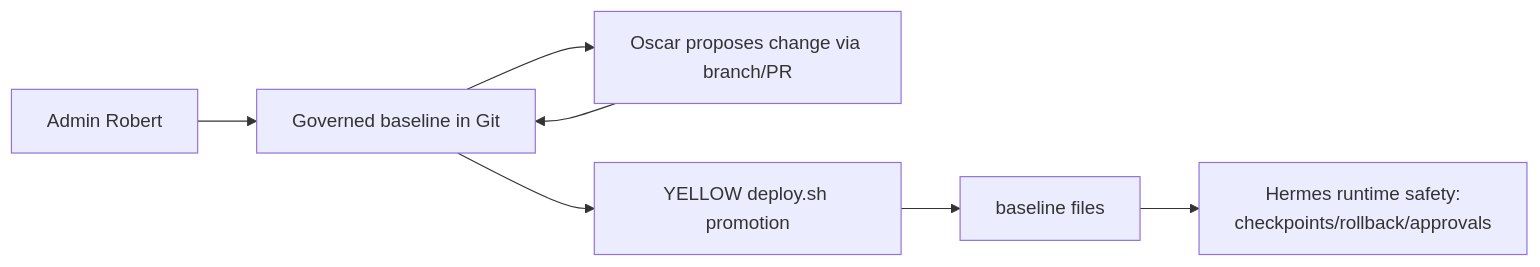
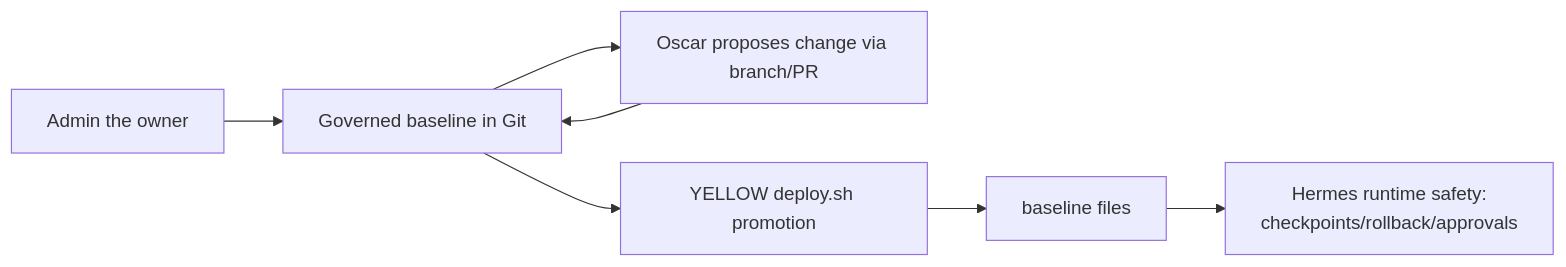
Before and after one commit to Eurobotics-Association/yellow-control: the diagram in docs/governance-model.md, drawn with Mermaid. The commit also changed other lines of this file and 15 other files, not shown here.

````diff
--- a/docs/governance-model.md
+++ b/docs/governance-model.md
@@ -20,9 +18,9 @@
 ```mermaid
 flowchart LR
-    A[Admin Robert] --> B[Governed baseline in Git]
-    B --> C[Oscar proposes change via branch/PR]
-    C --> B
-    B --> D[YELLOW deploy.sh promotion]
-    D --> E[<runtime-register-root> baseline files]
-    E --> F[Hermes runtime safety:<br/>checkpoints/rollback/approvals]
+ A[Admin the owner] --> B[Governed baseline in Git]
+ B --> C[Oscar proposes change via branch/PR]
+ C --> B
+ B --> D[YELLOW deploy.sh promotion]
+ D --> E[<runtime-register-root> baseline files]
+ E --> F[Hermes runtime safety:<br/>checkpoints/rollback/approvals]
 ```
````
